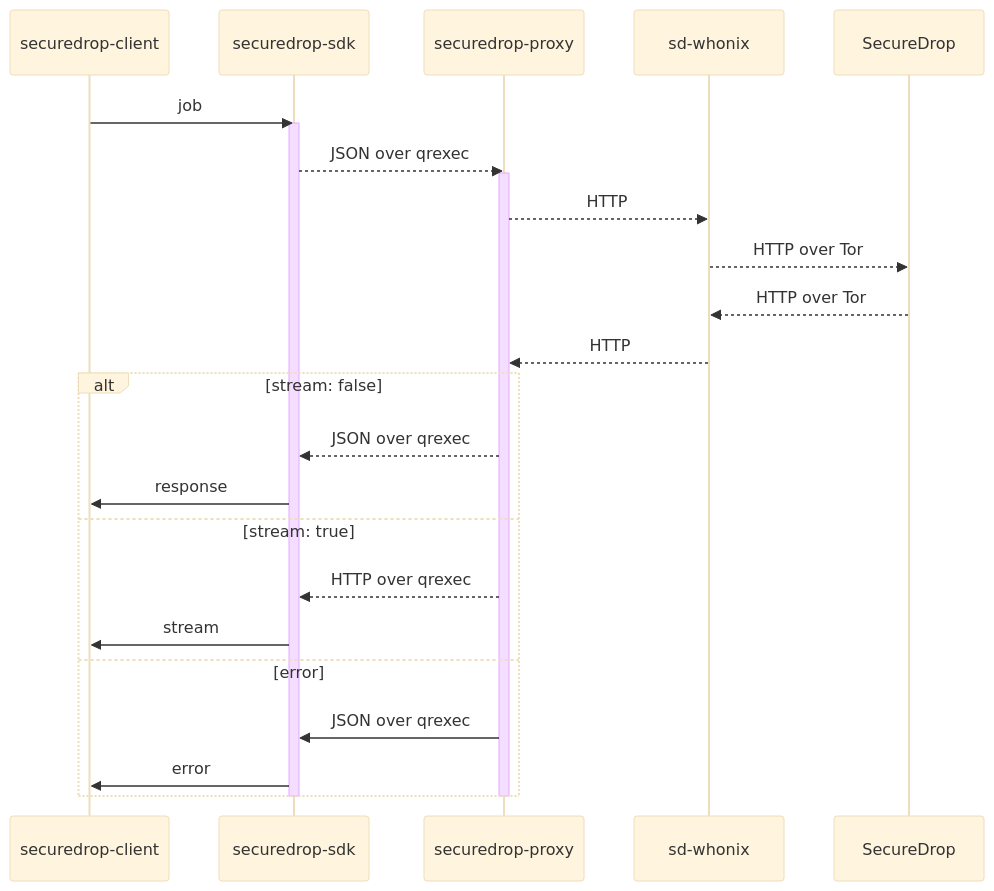
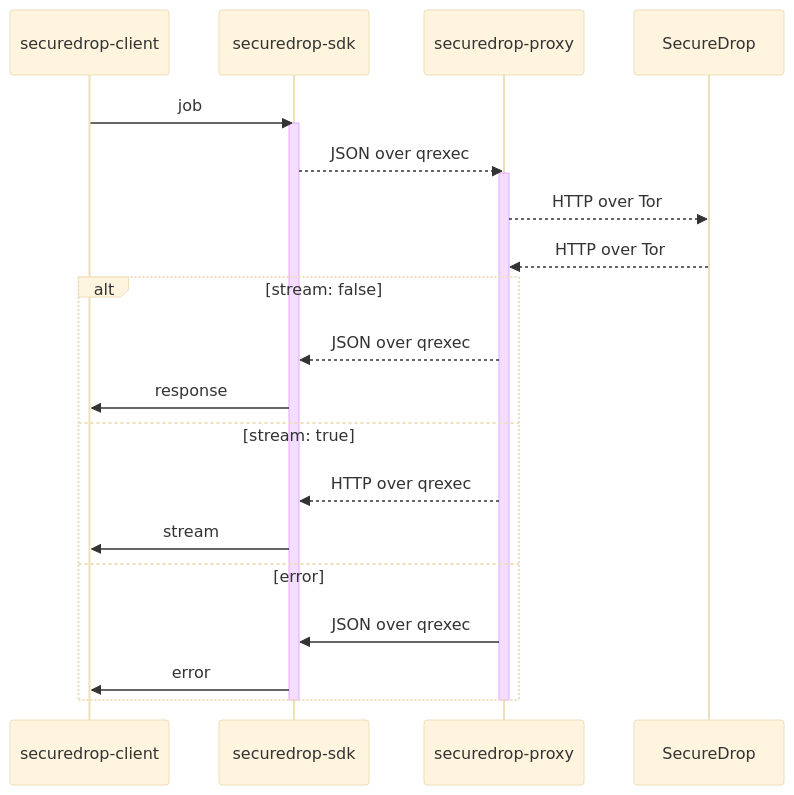
One commit to freedomofpress/securedrop-client changed the diagram in proxy/README.md. Above: the diagram before and after it, drawn with Mermaid (base theme). The commit also changed 3 other files, not shown here.

````diff
--- a/proxy/README.md
+++ b/proxy/README.md
@@ -37,33 +37,30 @@
 ```mermaid
 sequenceDiagram
 
 participant c as securedrop-client
 participant sdk as securedrop-sdk
 participant p as securedrop-proxy
-participant w as sd-whonix
 participant server as SecureDrop
 
 c ->> sdk: job
 activate sdk
 sdk -->> p: JSON over qrexec
 activate p
-p -->> w: HTTP
-w -->> server: HTTP over Tor
+p -->> server: HTTP over Tor
 
-server -->> w: HTTP over Tor
-w -->> p: HTTP
+server -->> p: HTTP over Tor
 
 alt stream: false
 p -->> sdk: JSON over qrexec
 sdk ->> c: response
 else stream: true
 p -->> sdk: HTTP over qrexec
 sdk ->> c: stream
 else error
 p ->> sdk: JSON over qrexec
 sdk ->> c: error
 end
 
 deactivate p
 deactivate sdk
 ```
````
